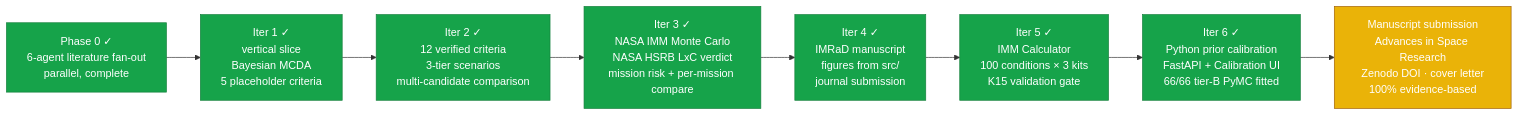
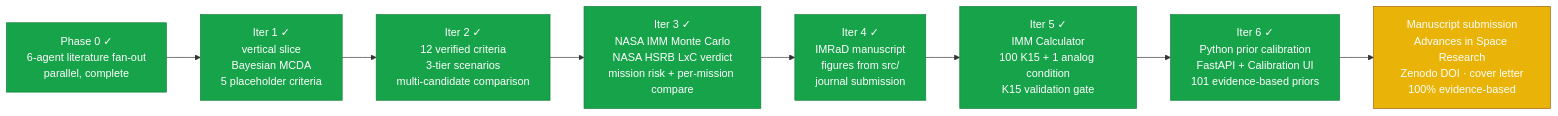
One commit to strikerdlm/selectron changed the first of 2 diagrams in README.md. Above: the diagram before and after it, drawn with Mermaid. The commit also changed other lines of this file and 27 other files, not shown here.

````diff
--- a/README.md
+++ b/README.md
@@ -98,15 +98,15 @@
 ```mermaid
 flowchart LR
     P0[Phase 0 ✓<br/>6-agent literature fan-out<br/>parallel, complete] --> I1
     I1[Iter 1 ✓<br/>vertical slice<br/>Bayesian MCDA<br/>5 placeholder criteria] --> I2
     I2[Iter 2 ✓<br/>12 verified criteria<br/>3-tier scenarios<br/>multi-candidate comparison] --> I3
     I3[Iter 3 ✓<br/>NASA IMM Monte Carlo<br/>NASA HSRB LxC verdict<br/>mission risk + per-mission compare] --> I4
     I4[Iter 4 ✓<br/>IMRaD manuscript<br/>figures from src/<br/>journal submission] --> I5
-    I5[Iter 5 ✓<br/>IMM Calculator<br/>100 conditions × 3 kits<br/>K15 validation gate] --> I6
-    I6[Iter 6 ✓<br/>Python prior calibration<br/>FastAPI + Calibration UI<br/>66/66 tier-B PyMC fitted] --> MS
+    I5[Iter 5 ✓<br/>IMM Calculator<br/>100 K15 + 1 analog condition<br/>K15 validation gate] --> I6
+    I6[Iter 6 ✓<br/>Python prior calibration<br/>FastAPI + Calibration UI<br/>101 evidence-based priors] --> MS
     MS[Manuscript submission<br/>Advances in Space Research<br/>Zenodo DOI · cover letter<br/>100% evidence-based]
     classDef done fill:#16a34a,stroke:#15803d,color:#fff
     classDef active fill:#eab308,stroke:#a16207,color:#fff
     class P0,I1,I2,I3,I4,I5,I6 done
     class MS active
 ```
````
